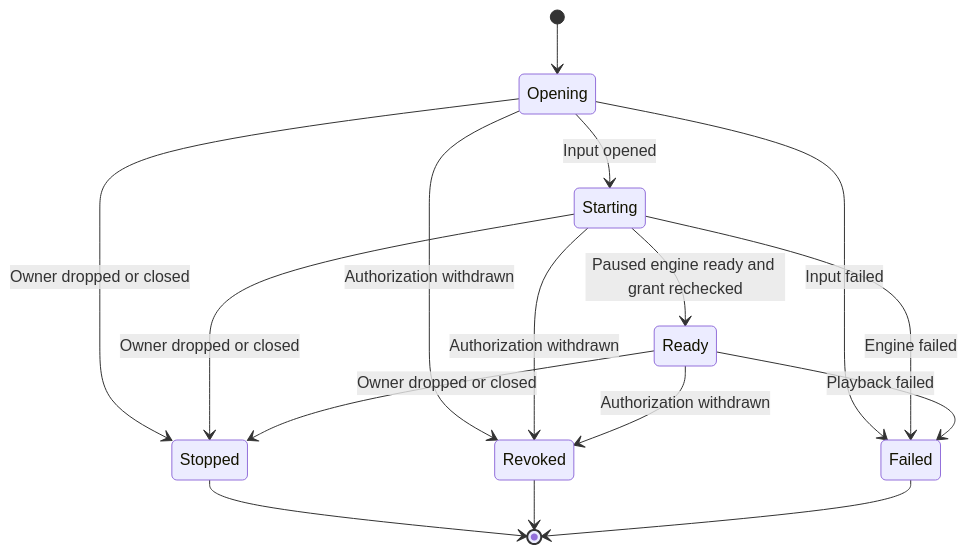
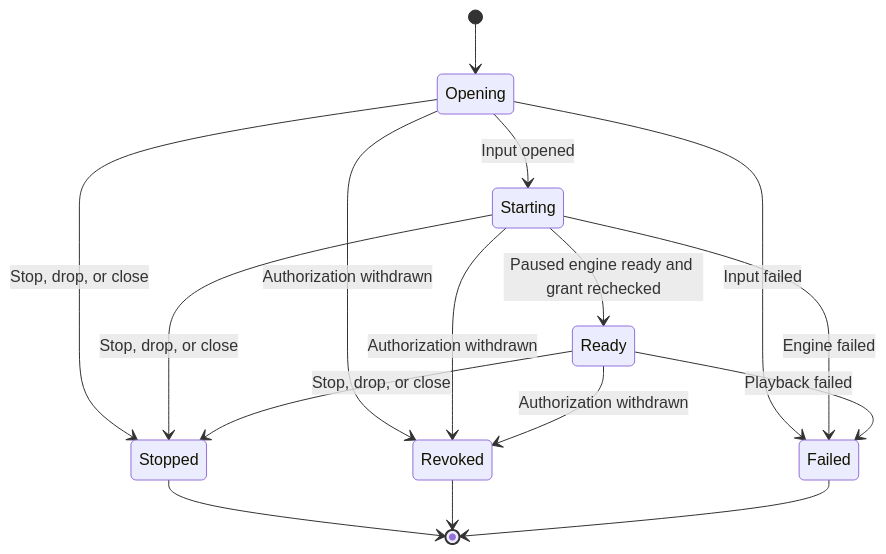
The second of 2 diagrams in docs/native-playback.md (acidiney/hitoapp), drawn with Mermaid before and after one commit. The commit also changed other lines of this file and 2 other files, not shown here.

Commit message:
Document native coordinator boundaries and cancellation ownership

````diff
--- a/docs/native-playback.md
+++ b/docs/native-playback.md
@@ -37,18 +37,18 @@
 ```mermaid
 stateDiagram-v2
   [*] --> Opening
   Opening --> Starting: Input opened
   Starting --> Ready: Paused engine ready and grant rechecked
-  Opening --> Stopped: Owner dropped or closed
-  Starting --> Stopped: Owner dropped or closed
-  Ready --> Stopped: Owner dropped or closed
+  Opening --> Stopped: Stop, drop, or close
+  Starting --> Stopped: Stop, drop, or close
+  Ready --> Stopped: Stop, drop, or close
   Opening --> Revoked: Authorization withdrawn
   Starting --> Revoked: Authorization withdrawn
   Ready --> Revoked: Authorization withdrawn
   Opening --> Failed: Input failed
   Starting --> Failed: Engine failed
   Ready --> Failed: Playback failed
   Stopped --> [*]
   Revoked --> [*]
   Failed --> [*]
 ```
````
